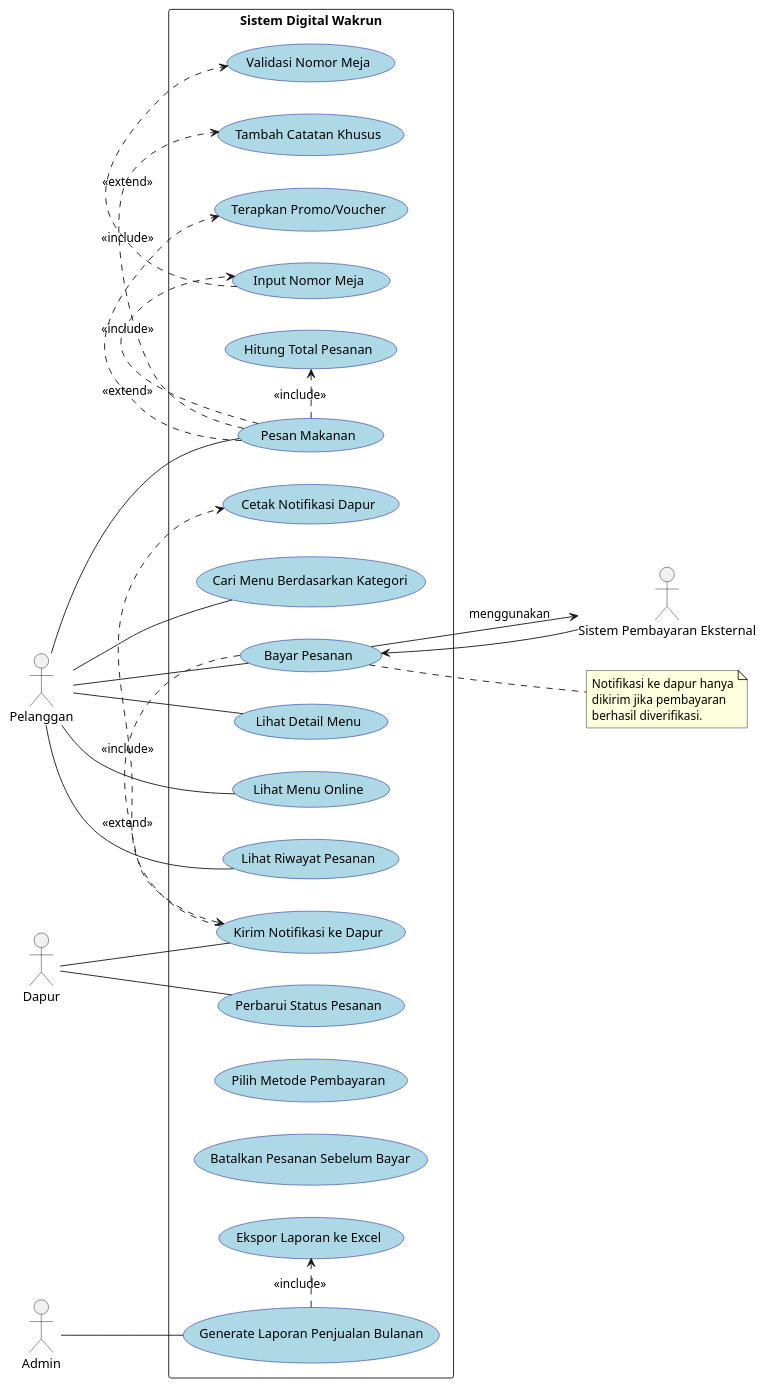
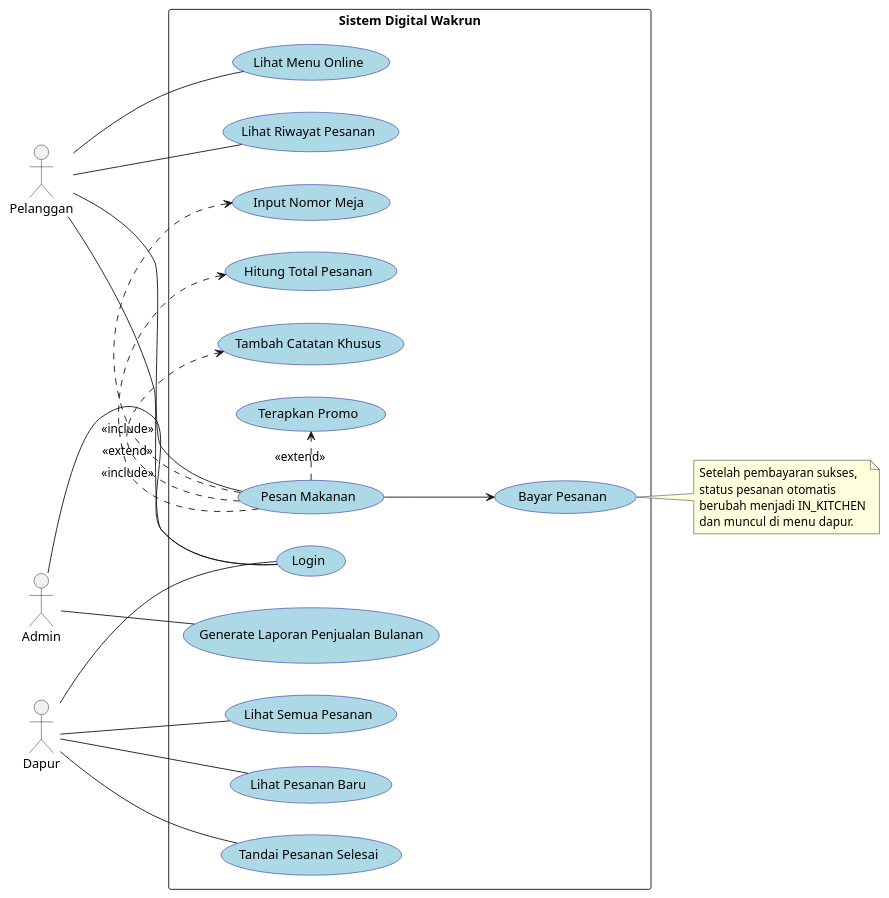
Before and after one commit to NDI05/Kelompok-Ayam-Bali: the diagram in useCaseDiagram.puml, drawn with PlantUML. The commit also changed 1 other file, not shown here.

```diff
--- a/useCaseDiagram.puml
+++ b/useCaseDiagram.puml
@@ -1,69 +1,59 @@
 @startuml
 left to right direction
 skinparam usecase {
   BackgroundColor LightBlue
   BorderColor DarkBlue
 }
 
 actor "Pelanggan" as Customer
 actor "Dapur" as Kitchen
 actor "Admin" as Admin
-actor "Sistem Pembayaran Eksternal" as PaymentGateway
 
 rectangle "Sistem Digital Wakrun" {
+  (Login)
   (Lihat Menu Online)
-  (Cari Menu Berdasarkan Kategori)
-  (Lihat Detail Menu)
+  (Pesan Makanan)
   (Input Nomor Meja)
-  (Validasi Nomor Meja)
-  (Pesan Makanan)
   (Tambah Catatan Khusus)
-  (Terapkan Promo/Voucher)
+  (Terapkan Promo)
   (Hitung Total Pesanan)
-  (Pilih Metode Pembayaran)
   (Bayar Pesanan)
-  (Batalkan Pesanan Sebelum Bayar)
   (Lihat Riwayat Pesanan)
-  (Kirim Notifikasi ke Dapur)
-  (Perbarui Status Pesanan)
-  (Cetak Notifikasi Dapur)
+  (Lihat Pesanan Baru)
+  (Tandai Pesanan Selesai)
+  (Lihat Semua Pesanan)
   (Generate Laporan Penjualan Bulanan)
-  (Ekspor Laporan ke Excel)
 }
 
-' Relasi Utama
+' Login untuk semua role
+Customer -- (Login)
+Kitchen -- (Login)
+Admin -- (Login)
+
+' Pelanggan
 Customer -- (Lihat Menu Online)
-Customer -- (Cari Menu Berdasarkan Kategori)
-Customer -- (Lihat Detail Menu)
 Customer -- (Pesan Makanan)
 Customer -- (Lihat Riwayat Pesanan)
 
-' Include (wajib)
 (Pesan Makanan) .> (Input Nomor Meja) : <<include>>
-(Input Nomor Meja) .> (Validasi Nomor Meja) : <<include>>
 (Pesan Makanan) .> (Hitung Total Pesanan) : <<include>>
+(Pesan Makanan) .> (Tambah Catatan Khusus) : <<extend>>
+(Pesan Makanan) .> (Terapkan Promo) : <<extend>>
+(Pesan Makanan) --> (Bayar Pesanan)
 
-' Extend (opsional/kondisional)
-(Pesan Makanan) .> (Tambah Catatan Khusus) : <<extend>>
-(Pesan Makanan) .> (Terapkan Promo/Voucher) : <<extend>>
-(Bayar Pesanan) .> (Kirim Notifikasi ke Dapur) : <<extend>>
-(Kirim Notifikasi ke Dapur) .> (Cetak Notifikasi Dapur) : <<include>>
+' Dapur
+Kitchen -- (Lihat Pesanan Baru)
+Kitchen -- (Tandai Pesanan Selesai)
+Kitchen -- (Lihat Semua Pesanan)
 
-' Aktor lain
-Customer -- (Bayar Pesanan)
-(Bayar Pesanan) --> PaymentGateway : menggunakan
-PaymentGateway --> (Bayar Pesanan)
+' Admin
+Admin -- (Generate Laporan Penjualan Bulanan)
 
-Kitchen -- (Perbarui Status Pesanan)
-Kitchen -- (Kirim Notifikasi ke Dapur)
-
-Admin -- (Generate Laporan Penjualan Bulanan)
-(Generate Laporan Penjualan Bulanan) .> (Ekspor Laporan ke Excel) : <<include>>
-
-' Catatan: Notifikasi hanya dikirim jika pembayaran sukses
+' Catatan
 note right of (Bayar Pesanan)
-  Notifikasi ke dapur hanya
-  dikirim jika pembayaran
-  berhasil diverifikasi.
+  Setelah pembayaran sukses,
+  status pesanan otomatis
+  berubah menjadi IN_KITCHEN
+  dan muncul di menu dapur.
 end note
 @enduml
```
